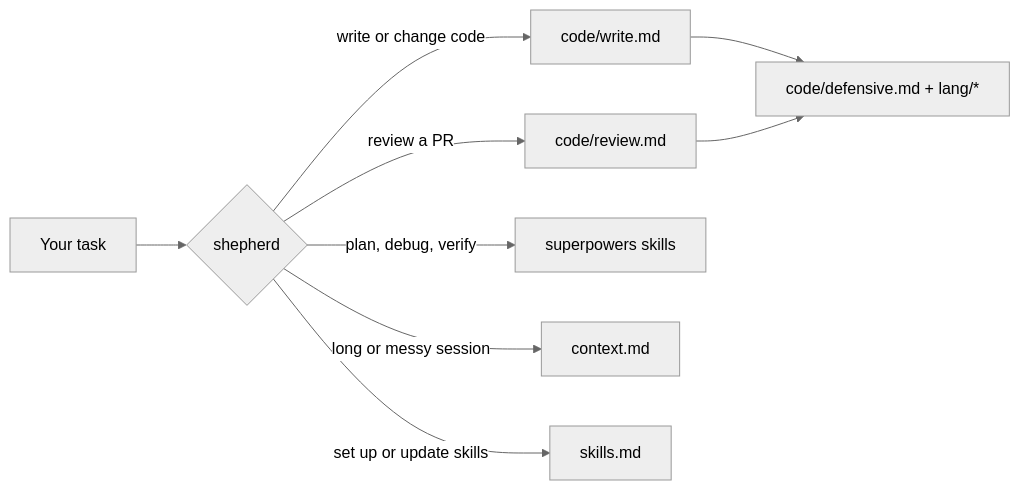
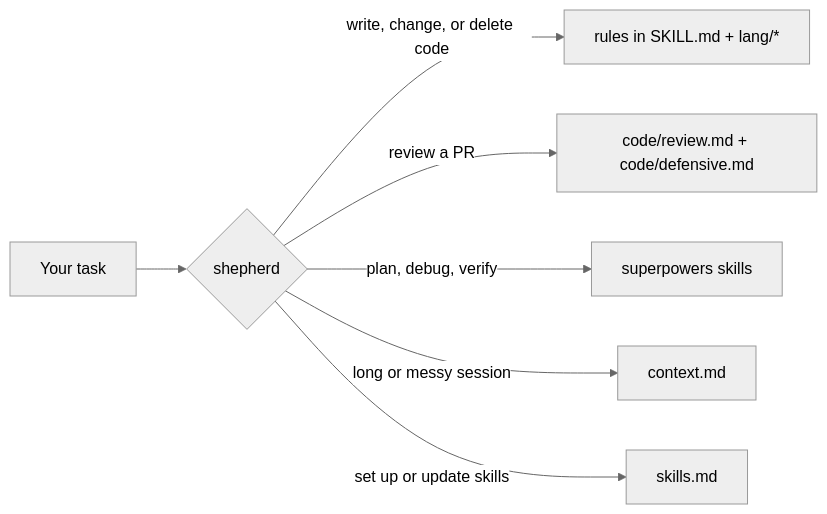
Before and after one commit to omkar273/shepherd: the diagram in README.md, drawn with Mermaid (neutral theme). The commit also changed other lines of this file and 8 other files, not shown here.

````diff
--- a/README.md
+++ b/README.md
@@ -193,11 +192,9 @@
 ```mermaid
 flowchart LR
   task[Your task] --> router{shepherd}
-  router -->|write or change code| write[code/write.md]
-  router -->|review a PR| review[code/review.md]
-  write --> rules[code/defensive.md + lang/*]
-  review --> rules
+  router -->|write, change, or delete code| write[rules in SKILL.md + lang/*]
+  router -->|review a PR| review[code/review.md + code/defensive.md]
   router -->|plan, debug, verify| sp[superpowers skills]
   router -->|long or messy session| ctx[context.md]
   router -->|set up or update skills| mgmt[skills.md]
 ```
````
